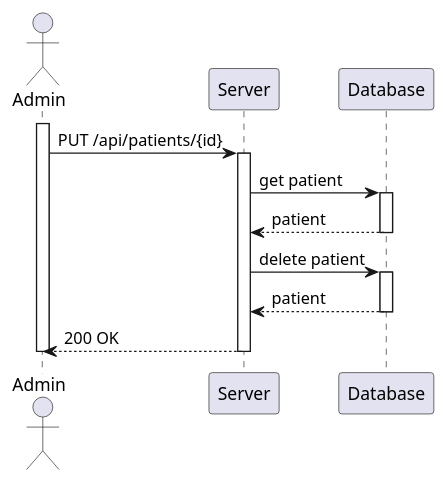
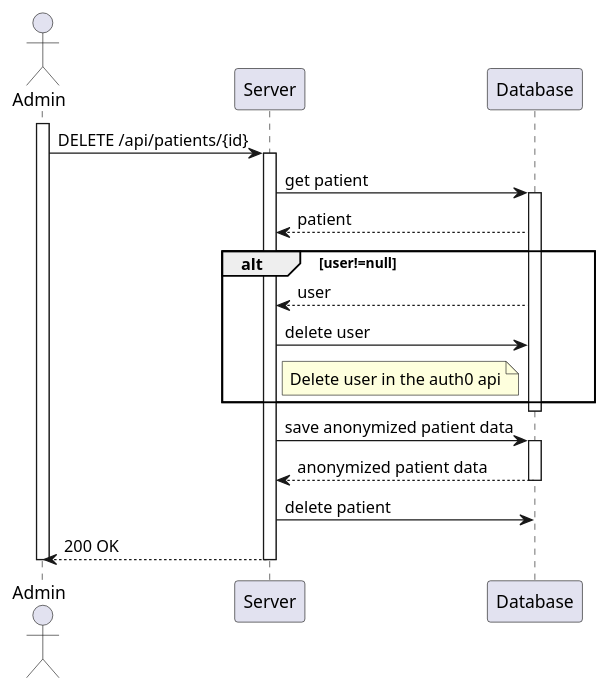
One commit to 1220846/sem5pi-24-25-3ddg20 changed the diagram in docs/sprint-a/us-5.1.10/views/level3/process-view.puml. Above: the diagram before and after it, drawn with PlantUML. The commit also changed 23 other files, not shown here.

```diff
--- a/docs/sprint-a/us-5.1.10/views/level3/process-view.puml
+++ b/docs/sprint-a/us-5.1.10/views/level3/process-view.puml
@@ -1,22 +1,31 @@
 @startuml process-view
 
 actor "Admin" as adm
 participant "Server" as srv
 participant "Database" as db
 
 activate adm
-    adm -> srv : PUT /api/patients/{id}
+    adm -> srv : DELETE /api/patients/{id}
     activate srv
         srv -> db : get patient
         activate db
             db --> srv : patient
+        alt user!=null
+                db --> srv : user
+                srv -> db : delete user
+                Note  right of srv: Delete user in the auth0 api
+        end alt
+        deactivate db
+        srv -> db : save anonymized patient data
+
+        activate db
+
+            db --> srv : anonymized patient data
+
         deactivate db
         srv -> db : delete patient
-        activate db
-            db --> srv : patient
-        deactivate db
         srv --> adm : 200 OK
     deactivate srv
 deactivate adm
 
 @enduml
```
